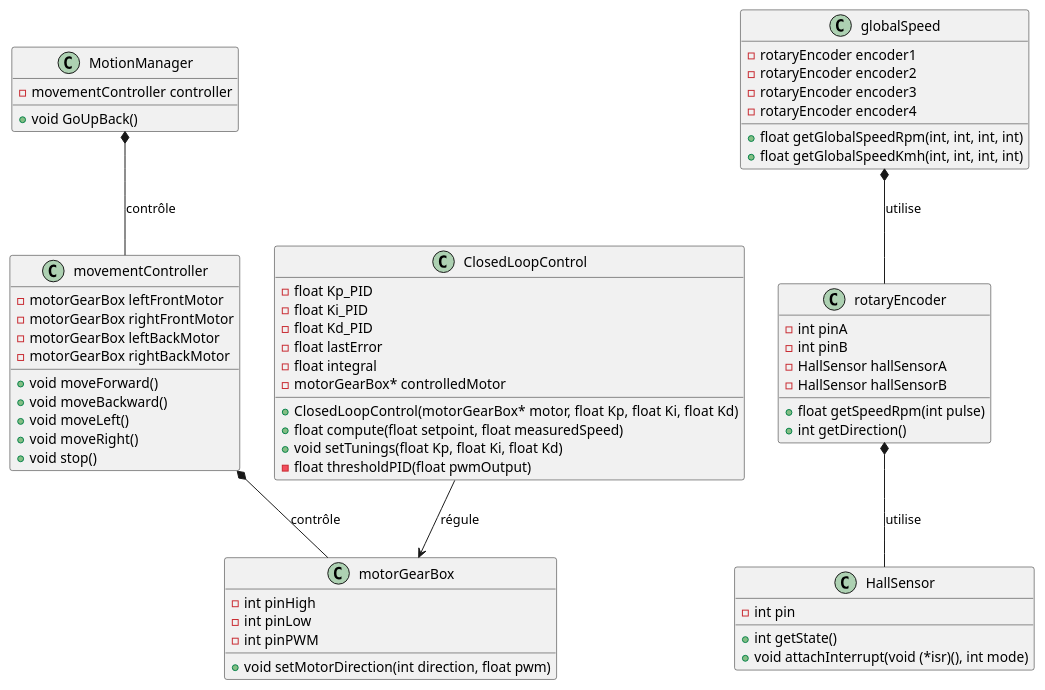
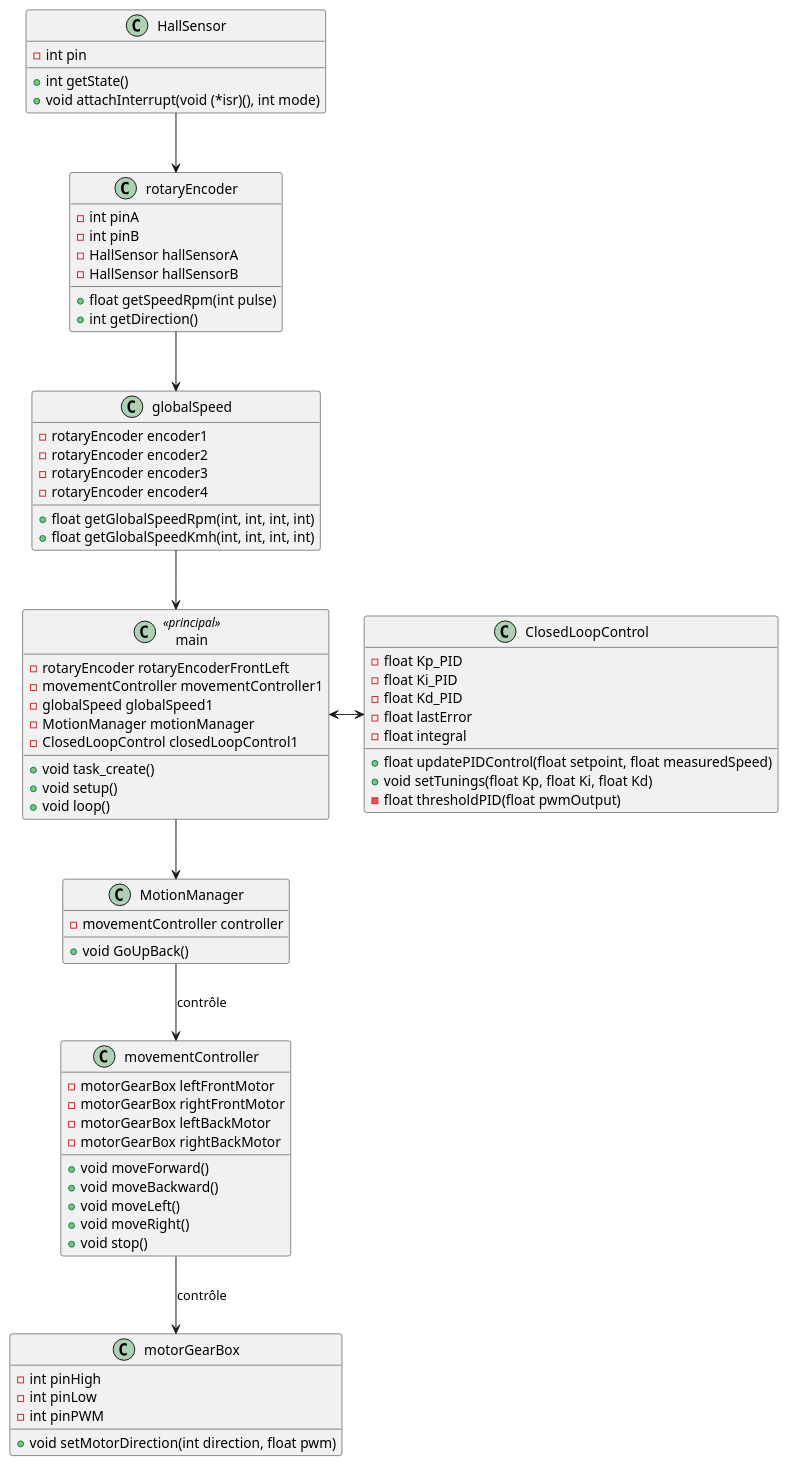
One commit to AxeDelUbac/RobotMecanum changed the diagram in classe.puml. Above: the diagram before and after it, drawn with PlantUML. The commit also changed 3 other files, not shown here.

```diff
--- a/classe.puml
+++ b/classe.puml
@@ -1,70 +1,83 @@
 @startuml
 
 class motorGearBox {
     - int pinHigh
     - int pinLow
     - int pinPWM
     + void setMotorDirection(int direction, float pwm)
 }
 
 class HallSensor {
     - int pin
     + int getState()
     + void attachInterrupt(void (*isr)(), int mode)
 }
 
 class rotaryEncoder {
     - int pinA
     - int pinB
     + float getSpeedRpm(int pulse)
     + int getDirection()
     - HallSensor hallSensorA
     - HallSensor hallSensorB
 }
 
 class globalSpeed {
     + float getGlobalSpeedRpm(int, int, int, int)
     + float getGlobalSpeedKmh(int, int, int, int)
     - rotaryEncoder encoder1
     - rotaryEncoder encoder2
     - rotaryEncoder encoder3
     - rotaryEncoder encoder4
 }
 
 class movementController {
     + void moveForward()
     + void moveBackward()
     + void moveLeft()
     + void moveRight()
     + void stop()
     - motorGearBox leftFrontMotor
     - motorGearBox rightFrontMotor
     - motorGearBox leftBackMotor
     - motorGearBox rightBackMotor
 }
 
 class MotionManager {
     + void GoUpBack()
     - movementController controller
 }
 
 class ClosedLoopControl {
     - float Kp_PID
     - float Ki_PID
     - float Kd_PID
     - float lastError
     - float integral
-    - motorGearBox* controlledMotor
-    + ClosedLoopControl(motorGearBox* motor, float Kp, float Ki, float Kd)
-    + float compute(float setpoint, float measuredSpeed)
+    + float updatePIDControl(float setpoint, float measuredSpeed)
     + void setTunings(float Kp, float Ki, float Kd)
     - float thresholdPID(float pwmOutput)
 }
 
-rotaryEncoder *-- HallSensor : utilise
-globalSpeed *-- rotaryEncoder : utilise
-movementController *-- motorGearBox : contrôle
-MotionManager *-- movementController : contrôle
-ClosedLoopControl --> motorGearBox : régule
+class main <<principal>> {
+    + void task_create()
+    + void setup()
+    + void loop()
+    - rotaryEncoder rotaryEncoderFrontLeft
+    - movementController movementController1
+    - globalSpeed globalSpeed1
+    - MotionManager motionManager
+    - ClosedLoopControl closedLoopControl1
+}
+
+main --> MotionManager
+MotionManager --> movementController : contrôle
+movementController --> motorGearBox : contrôle
+
+globalSpeed --> main
+rotaryEncoder --> globalSpeed
+HallSensor --> rotaryEncoder
+
+main <-> ClosedLoopControl
 
 @enduml
```
